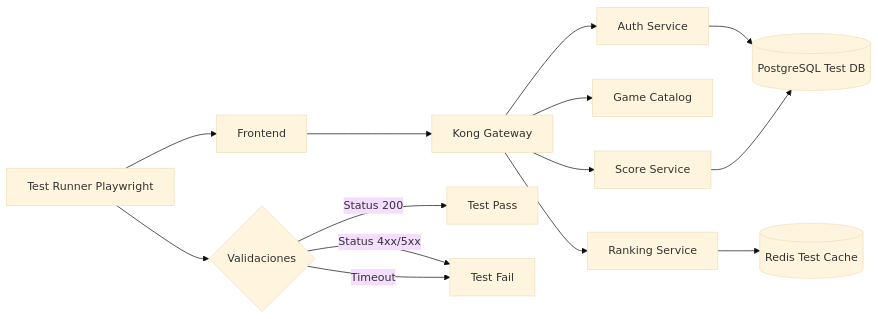
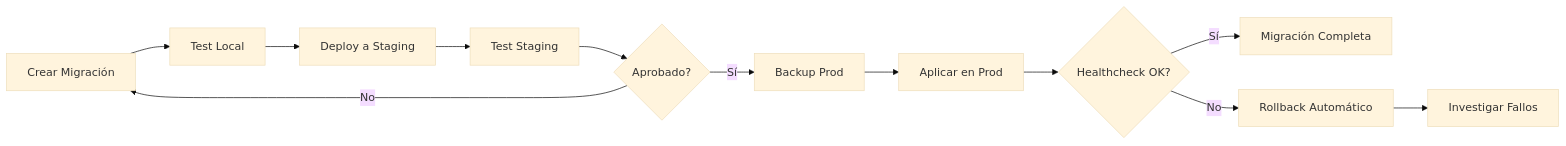
One commit to retrogamecloud/docs changed the second of 6 diagrams in IMPROVEMENTS.md. Above: the diagram before and after it, drawn with Mermaid (base theme). The commit also changed other lines of this file and 33 other files, not shown here.

````diff
--- a/IMPROVEMENTS.md
+++ b/IMPROVEMENTS.md
@@ -132,16 +87,14 @@
 ```mermaid
 graph LR
-    A[Test Runner Playwright] --> B[Frontend]
-    B --> C[Kong Gateway]
-    C --> D[Auth Service]
-    C --> E[Game Catalog]
-    C --> F[Score Service]
-    C --> G[Ranking Service]
-    D --> H[(PostgreSQL Test DB)]
-    F --> H
-    G --> I[(Redis Test Cache)]
-    A --> J{Validaciones}
-    J -->|Status 200| K[Test Pass]
-    J -->|Status 4xx/5xx| L[Test Fail]
-    J -->|Timeout| L
+ A[Crear Migración] --> B[Test Local]
+ B --> C[Deploy a Staging]
+ C --> D[Test Staging]
+ D --> E{Aprobado?}
+ E -->|Sí| F[Backup Prod]
+ E -->|No| A
+ F --> G[Aplicar en Prod]
+ G --> H{Healthcheck OK?}
+ H -->|Sí| I[Migración Completa]
+ H -->|No| J[Rollback Automático]
+ J --> K[Investigar Fallos]
 ```
````
